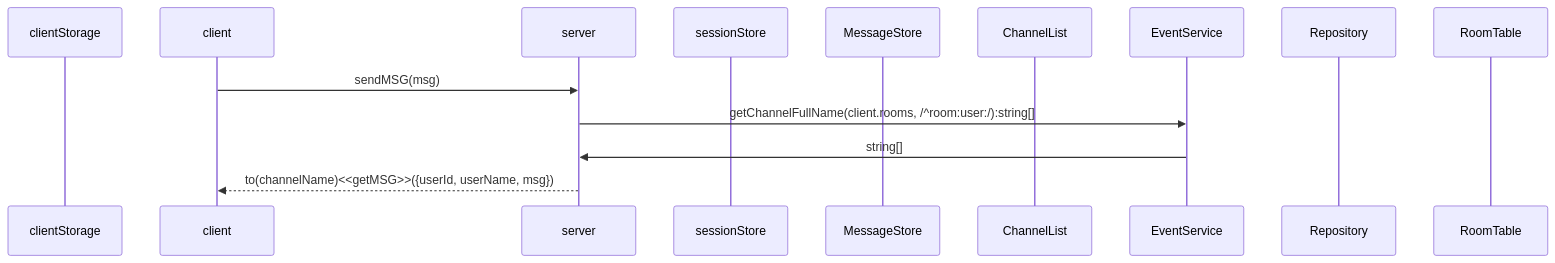
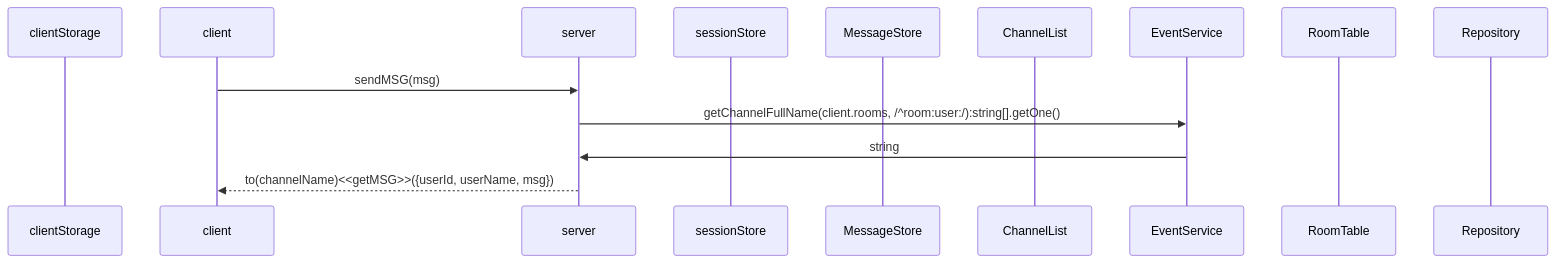
Before and after one commit to mtak0235/simmons_transcendence: the tenth of 19 diagrams in backend/node/app/event.md, drawn with Mermaid. The commit also changed other lines of this file, not shown here.

````diff
--- a/backend/node/app/event.md
+++ b/backend/node/app/event.md
@@ -235,17 +248,17 @@
 ```mermaid
 sequenceDiagram
 participant cls as clientStorage
 participant c as client
 participant ga as server
 participant ss as sessionStore
 participant ms as MessageStore
 participant cns as ChannelList
 participant cs as EventService
+participant rt as RoomTable
 participant r as Repository
-participant rt as RoomTable
 
 c->>ga: sendMSG(msg)
-ga->>cs: getChannelFullName(client.rooms, /^room:user:/):string[]
-cs->> ga: string[]
+ga->>cs: getChannelFullName(client.rooms, /^room:user:/):string[].getOne()
+cs->> ga: string
 ga-->>c: to(channelName)<<getMSG>>({userId, userName, msg})
 ```
````
